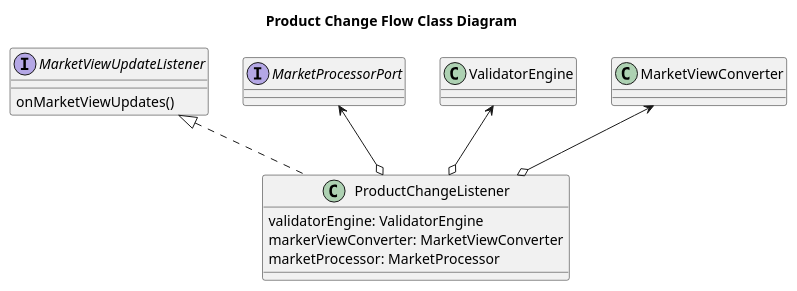
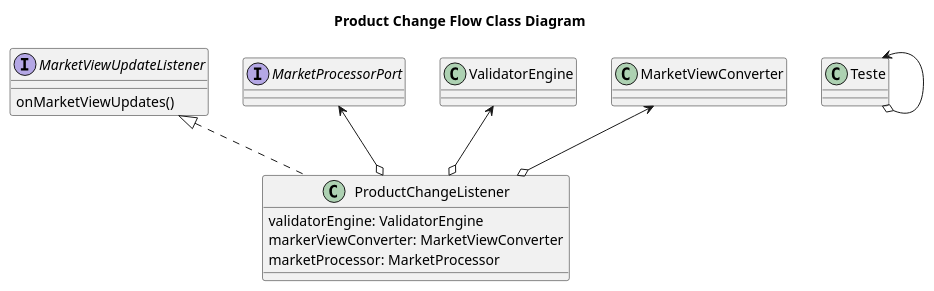
One commit to freitasm2/github-pages-with-jekyll changed the diagram in docs/src/diagrams/productchange.puml. Above: the diagram before and after it, drawn with PlantUML. The commit also changed 1 other file, not shown here.

Commit message:
test diagram

```diff
--- a/docs/src/diagrams/productchange.puml
+++ b/docs/src/diagrams/productchange.puml
@@ -1,23 +1,25 @@
 @startuml
 
 title Product Change Flow Class Diagram
 
 class ProductChangeListener{
 validatorEngine: ValidatorEngine
 markerViewConverter: MarketViewConverter
 marketProcessor: MarketProcessor
 }
 
 interface MarketViewUpdateListener{
 onMarketViewUpdates()
 }
 
 interface MarketProcessorPort{
 }
 
 MarketViewUpdateListener <|.. ProductChangeListener
 ValidatorEngine <--o ProductChangeListener
 MarketViewConverter <--o ProductChangeListener
 MarketProcessorPort <--o ProductChangeListener
+Teste <--o Teste
+
 
 @enduml
```
